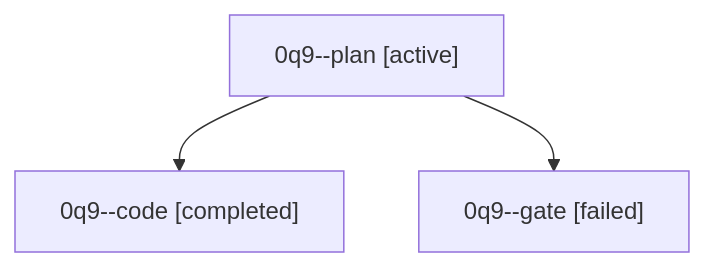
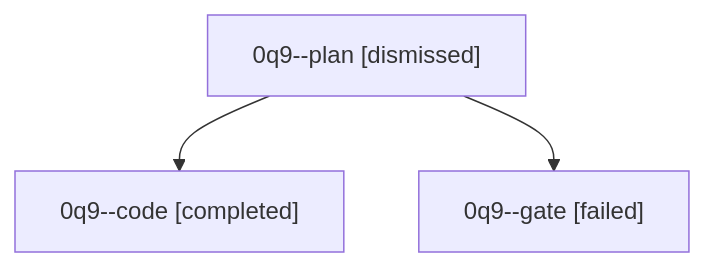
Before and after one commit to sase-org/sase--agents: the diagram in sessions/bbugyi200.athena.0q9.md, drawn with Mermaid. The commit also changed other lines of this file and 47 other files, not shown here.

````diff
--- a/sessions/bbugyi200.athena.0q9.md
+++ b/sessions/bbugyi200.athena.0q9.md
@@ -9,8 +9,8 @@
 ```mermaid
 flowchart TD
-  n0["0q9--plan [active]"]
+  n0["0q9--plan [dismissed]"]
   n1["0q9--code [completed]"]
   n0 --> n1
   n2["0q9--gate [failed]"]
   n0 --> n2
 ```
````
